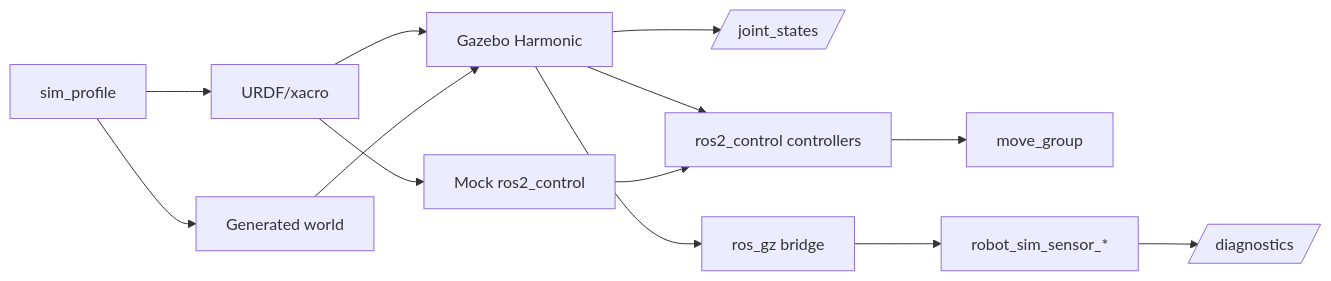
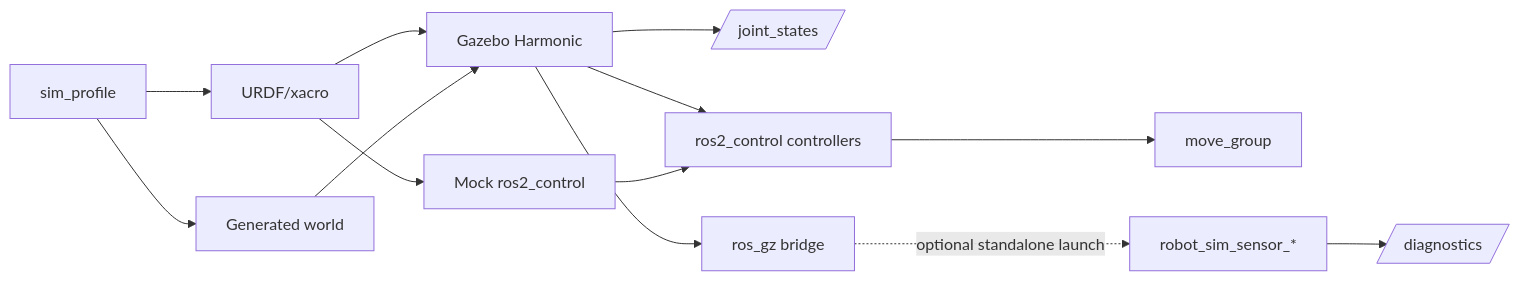
One commit to MzKyle/Robot-Sim changed the diagram in docs/architecture/data-flow.md. Above: the diagram before and after it, drawn with Mermaid. The commit also changed other lines of this file and 27 other files, not shown here.

````diff
--- a/docs/architecture/data-flow.md
+++ b/docs/architecture/data-flow.md
@@ -3,27 +3,27 @@
 ```mermaid
 flowchart LR
     Xacro[URDF/xacro]
     Profile[sim_profile]
     World[Generated world]
     Mock[Mock ros2_control]
     Gazebo[Gazebo Harmonic]
     JointStates[/joint_states/]
     Controllers[ros2_control controllers]
     MoveGroup[move_group]
     Bridge[ros_gz bridge]
     Receivers[robot_sim_sensor_*]
     Diagnostics[/diagnostics/]
 
     Profile --> Xacro
     Profile --> World
     Xacro --> Gazebo
     World --> Gazebo
     Xacro --> Mock
     Gazebo --> JointStates
     Gazebo --> Controllers
     Mock --> Controllers
     Controllers --> MoveGroup
     Gazebo --> Bridge
-    Bridge --> Receivers
+    Bridge -. optional standalone launch .-> Receivers
     Receivers --> Diagnostics
 ```
````
